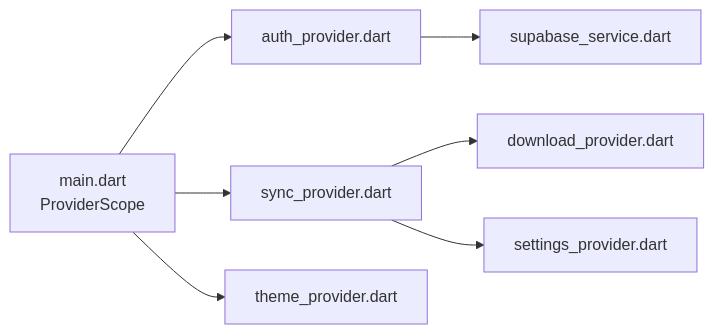
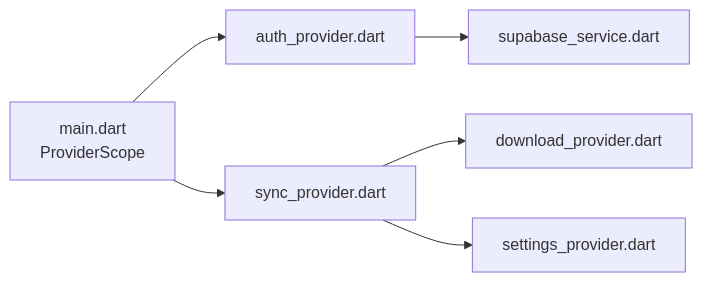
One commit to ZTfer/Tinycast changed the ninth of 9 diagrams in .qoder/repowiki/zh/content/架构设计/设计模式应用/Provider Pattern（提供者模式）/Provider 基础概念.md. Above: the diagram before and after it, drawn with Mermaid. The commit also changed other lines of this file and 34 other files, not shown here.

````diff
--- a/.qoder/repowiki/zh/content/架构设计/设计模式应用/Provider Pattern（提供者模式）/Provider 基础概念.md
+++ b/.qoder/repowiki/zh/content/架构设计/设计模式应用/Provider Pattern（提供者模式）/Provider 基础概念.md
@@ -263,9 +257,8 @@
 ```mermaid
 graph LR
 Main["main.dart<br/>ProviderScope"] --> CoreA["auth_provider.dart"]
-Main --> CoreB["sync_provider.dart"]
-Main --> CoreC["theme_provider.dart"]
-CoreB --> PresA["download_provider.dart"]
-CoreB --> PresB["settings_provider.dart"]
+Main --> PresS["sync_provider.dart"]
+PresS --> PresA["download_provider.dart"]
+PresS --> PresB["settings_provider.dart"]
 CoreA --> ServiceA["supabase_service.dart"]
 ```
````
